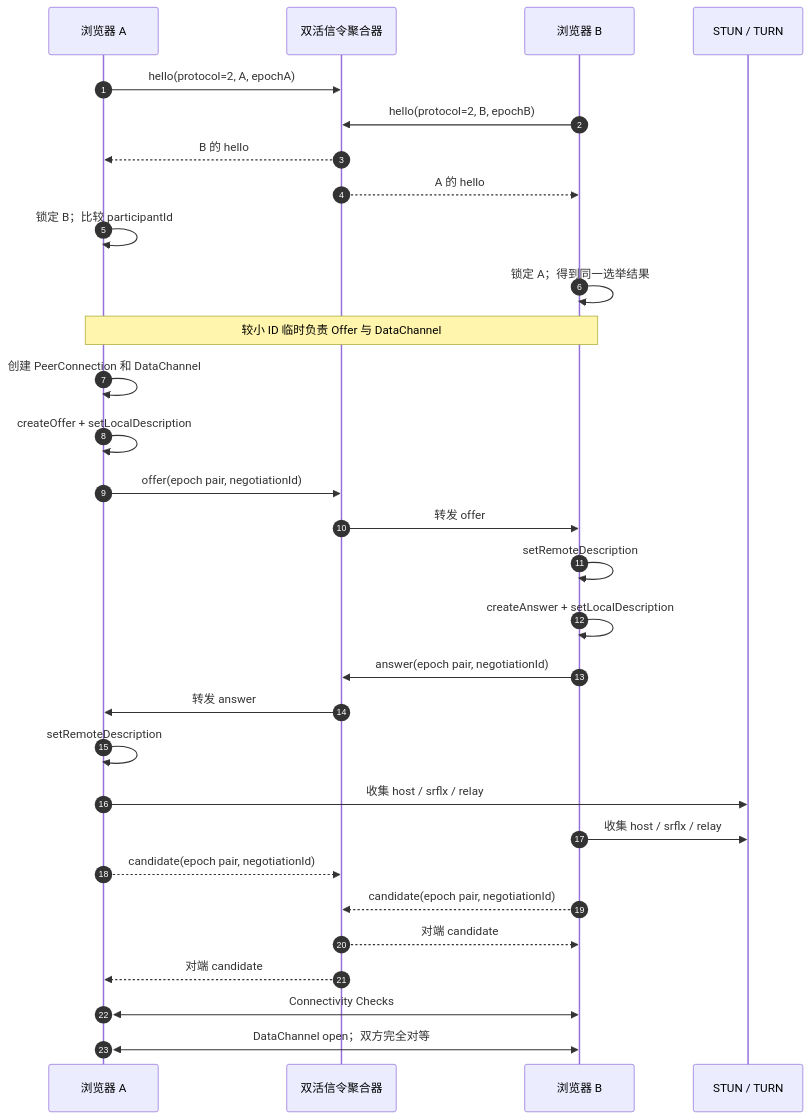
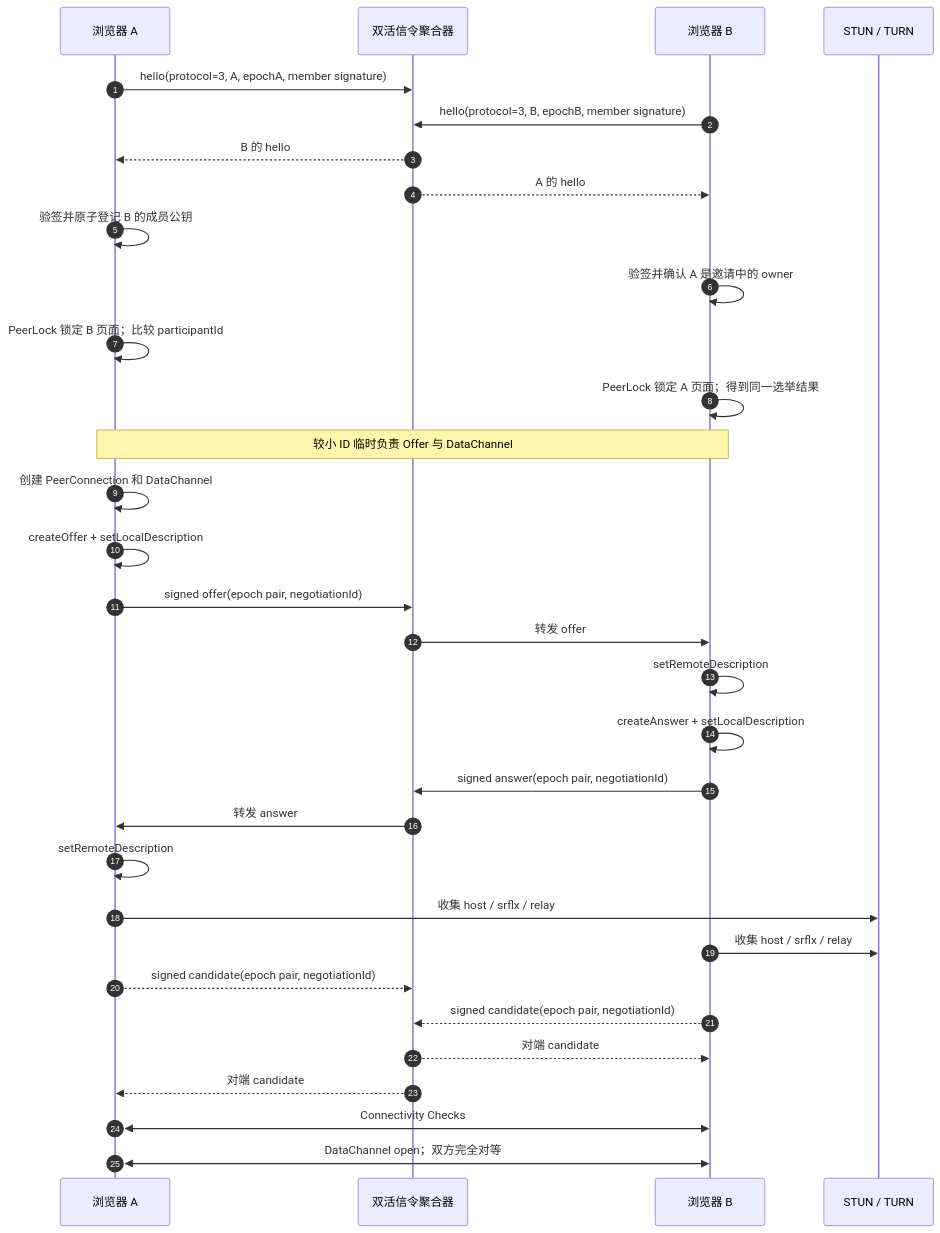
One commit to MarcWebber/p2p-chat changed the second of 7 diagrams in docs/field-guide.md. Above: the diagram before and after it, drawn with Mermaid. The commit also changed other lines of this file and 30 other files, not shown here.

````diff
--- a/docs/field-guide.md
+++ b/docs/field-guide.md
@@ -56,33 +56,35 @@
 ```mermaid
 sequenceDiagram
   autonumber
   participant A as 浏览器 A
   participant S as 双活信令聚合器
   participant B as 浏览器 B
   participant I as STUN / TURN
 
-  A->>S: hello(protocol=2, A, epochA)
-  B->>S: hello(protocol=2, B, epochB)
+  A->>S: hello(protocol=3, A, epochA, member signature)
+  B->>S: hello(protocol=3, B, epochB, member signature)
   S-->>A: B 的 hello
   S-->>B: A 的 hello
-  A->>A: 锁定 B；比较 participantId
-  B->>B: 锁定 A；得到同一选举结果
+  A->>A: 验签并原子登记 B 的成员公钥
+  B->>B: 验签并确认 A 是邀请中的 owner
+  A->>A: PeerLock 锁定 B 页面；比较 participantId
+  B->>B: PeerLock 锁定 A 页面；得到同一选举结果
   Note over A,B: 较小 ID 临时负责 Offer 与 DataChannel
   A->>A: 创建 PeerConnection 和 DataChannel
   A->>A: createOffer + setLocalDescription
-  A->>S: offer(epoch pair, negotiationId)
+  A->>S: signed offer(epoch pair, negotiationId)
   S->>B: 转发 offer
   B->>B: setRemoteDescription
   B->>B: createAnswer + setLocalDescription
-  B->>S: answer(epoch pair, negotiationId)
+  B->>S: signed answer(epoch pair, negotiationId)
   S->>A: 转发 answer
   A->>A: setRemoteDescription
   A->>I: 收集 host / srflx / relay
   B->>I: 收集 host / srflx / relay
-  A-->>S: candidate(epoch pair, negotiationId)
-  B-->>S: candidate(epoch pair, negotiationId)
+  A-->>S: signed candidate(epoch pair, negotiationId)
+  B-->>S: signed candidate(epoch pair, negotiationId)
   S-->>B: 对端 candidate
   S-->>A: 对端 candidate
   A<<->>B: Connectivity Checks
   A<<->>B: DataChannel open；双方完全对等
 ```
````
